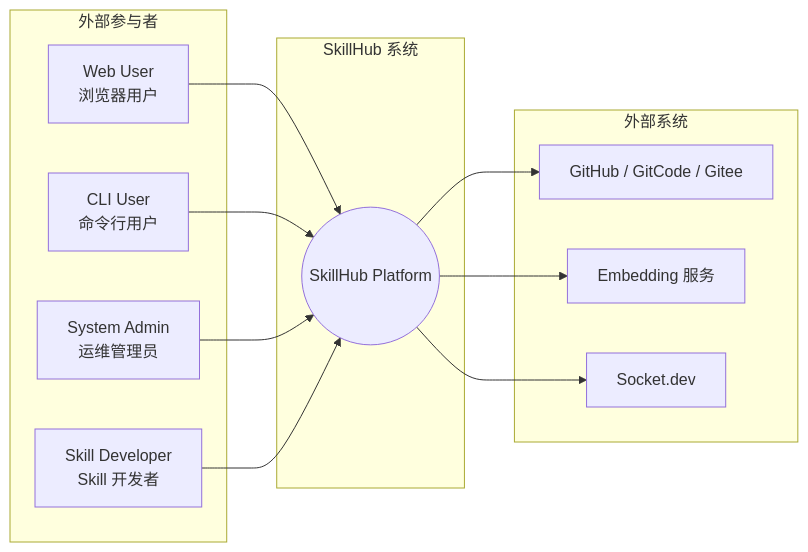
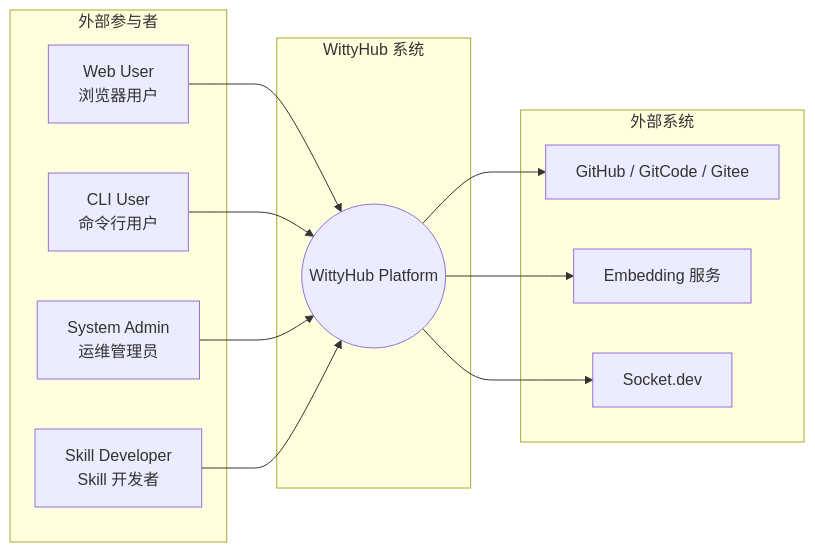
The first of 9 diagrams in doc/design/skillhub-implementation-plan.md (openeuler-mirror/wittyhub), drawn with Mermaid before and after one commit. The commit also changed other lines of this file, not shown here.

First line of the commit message:
docs: 将项目名称从 SkillHub 更新为 WittyHub

````diff
--- a/doc/design/skillhub-implementation-plan.md
+++ b/doc/design/skillhub-implementation-plan.md
@@ -44,27 +44,27 @@
 ```mermaid
 graph LR
     subgraph 外部参与者
         WU[Web User<br/>浏览器用户]
         CU[CLI User<br/>命令行用户]
         SA[System Admin<br/>运维管理员]
         SD[Skill Developer<br/>Skill 开发者]
     end
 
-    subgraph SkillHub 系统
-        SYS((SkillHub Platform))
+    subgraph WittyHub 系统
+        SYS((WittyHub Platform))
     end
 
     subgraph 外部系统
         GH[GitHub / GitCode / Gitee]
         EMB[Embedding 服务]
         SOC[Socket.dev]
     end
 
     WU --> SYS
     CU --> SYS
     SA --> SYS
     SD --> SYS
     SYS --> GH
     SYS --> EMB
     SYS --> SOC
 ```
````
